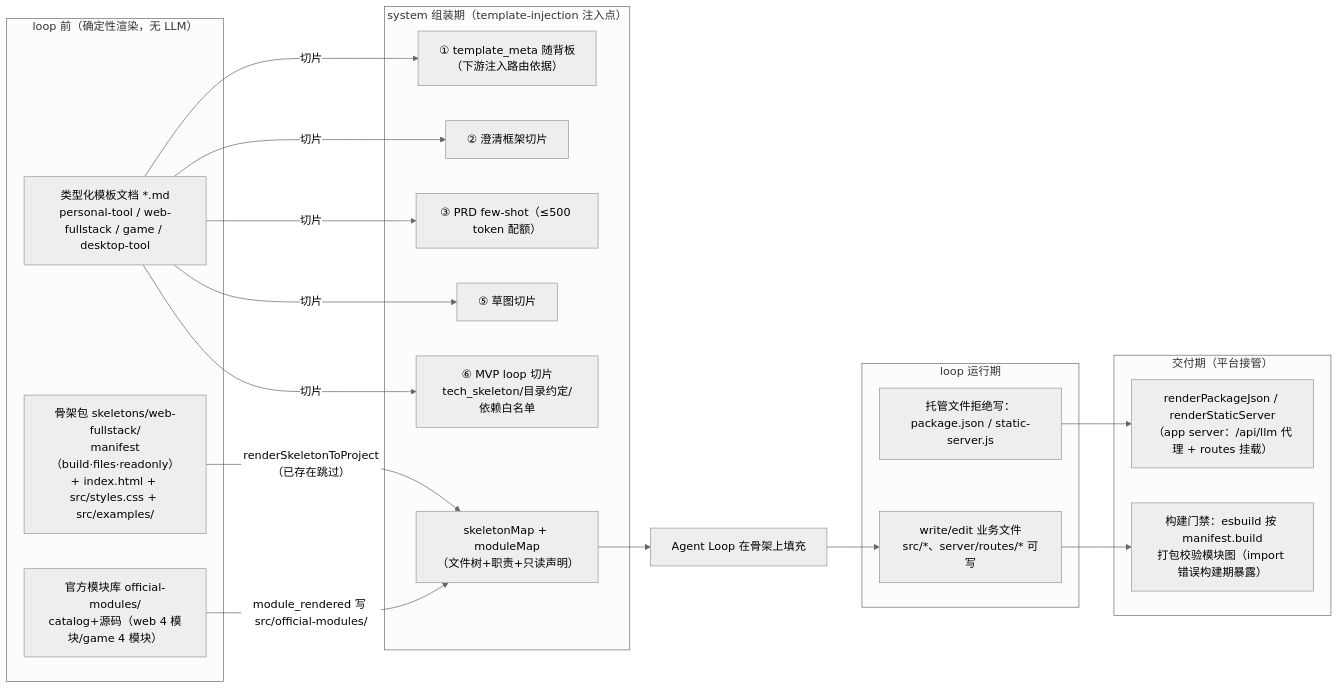
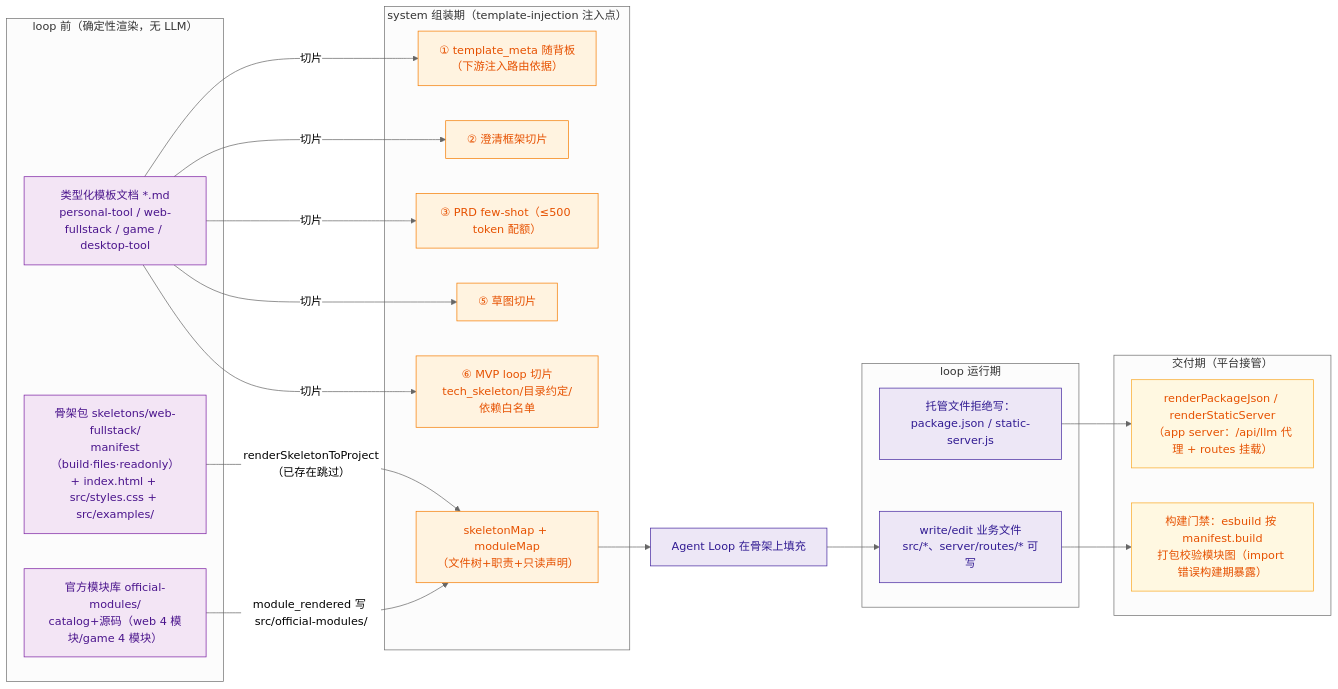
The fourth of 4 diagrams in docs/03_ARCHITECTURE/agent-swimlane.md (guide-agent-platform/Bloma), drawn with Mermaid (neutral theme) before and after one commit. The commit also changed other lines of this file and 9 other files, not shown here.

````diff
--- a/docs/03_ARCHITECTURE/agent-swimlane.md
+++ b/docs/03_ARCHITECTURE/agent-swimlane.md
@@ -199,31 +243,44 @@
 ```mermaid
 flowchart LR
+  classDef stage0 fill:#f3e5f5,stroke:#7b1fa2,color:#4a148c
+  classDef stage1 fill:#fff3e0,stroke:#f57c00,color:#e65100
+  classDef stage2 fill:#ede7f6,stroke:#4527a0,color:#311b92
+  classDef stage3 fill:#fff8e1,stroke:#f9a825,color:#e65100
+
   subgraph T0["loop 前（确定性渲染，无 LLM）"]
     S1["骨架包 skeletons/web-fullstack/<br/>manifest（build·files·readonly）<br/>+ index.html + src/styles.css + src/examples/"]
     S2["官方模块库 official-modules/<br/>catalog+源码（web 4 模块/game 4 模块）"]
     S3["类型化模板文档 *.md<br/>personal-tool / web-fullstack / game / desktop-tool"]
   end
   subgraph T1["system 组装期（template-injection 注入点）"]
     I1["① template_meta 随背板<br/>（下游注入路由依据）"]
     I2["② 澄清框架切片"]
     I3["③ PRD few-shot（≤500 token 配额）"]
     I4["⑤ 草图切片"]
     I5["⑥ MVP loop 切片<br/>tech_skeleton/目录约定/依赖白名单"]
     I6["skeletonMap + moduleMap<br/>（文件树+职责+只读声明）"]
   end
   subgraph T2["loop 运行期"]
     W["write/edit 业务文件<br/>src/*、server/routes/* 可写"]
     BAN["托管文件拒绝写：<br/>package.json / static-server.js"]
   end
   subgraph T3["交付期（平台接管）"]
     G1["renderPackageJson / renderStaticServer<br/>（app server：/api/llm 代理 + routes 挂载）"]
     G2["构建门禁：esbuild 按 manifest.build<br/>打包校验模块图（import 错误构建期暴露）"]
   end
+
+  C1L["Agent Loop 在骨架上填充"]
+
+  class S1,S2,S3 stage0
+  class I1,I2,I3,I4,I5,I6 stage1
+  class W,BAN,C1L stage2
+  class G1,G2 stage3
+
   S1 -->|"renderSkeletonToProject（已存在跳过）"| I6
   S2 -->|"module_rendered 写 src/official-modules/"| I6
   S3 -->|"切片"| I1 & I2 & I3 & I4 & I5
-  I6 --> C1L["Agent Loop 在骨架上填充"]
+  I6 --> C1L
   C1L --> W
   BAN --> G1
   W --> G2
 ```
````
